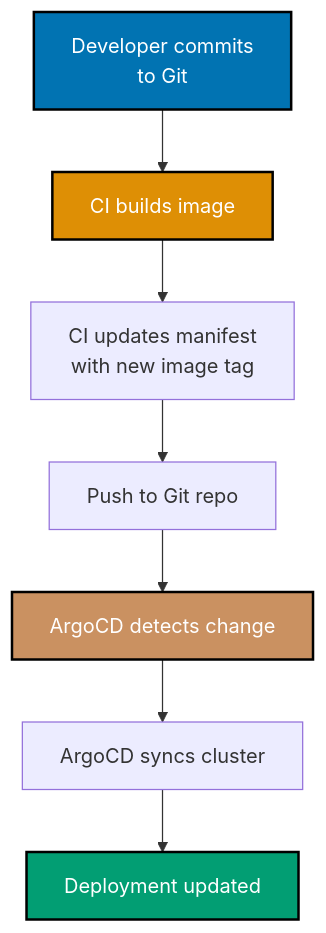
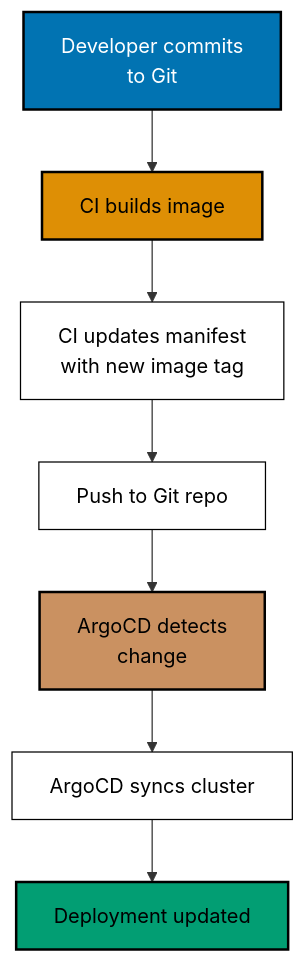
Before and after one commit to wahidyankf/ose-public: diagram 11 of 14 in apps/ayokoding-www/content/en/learn/legacy/software-engineering/infrastructure/tools/kubernetes/by-example/advanced.md, drawn with Mermaid. The commit also changed other lines of this file and 131 other files, not shown here.

First line of the commit message:
fix(mermaid): bring the legacy data, infrastructure, and testing diagrams onto the accessible palette

````diff
--- a/apps/ayokoding-www/content/en/learn/legacy/software-engineering/infrastructure/tools/kubernetes/by-example/advanced.md
+++ b/apps/ayokoding-www/content/en/learn/legacy/software-engineering/infrastructure/tools/kubernetes/by-example/advanced.md
@@ -2903,16 +2973,23 @@
 ```mermaid
 %% Color Palette: Blue #0173B2, Orange #DE8F05, Teal #029E73, Purple #CC78BC, Brown #CA9161
 %% GitOps workflow
 graph TD
+ accTitle: Example 79: GitOps Principles and Repository Structure
+ accDescr: Graph with 7 nodes and 6 connections. Nodes: Developer commits to Git, CI builds image, CI updates manifest with new image tag, Push to Git repo, ArgoCD detects change, ArgoCD syncs cluster, Deployment updated. Connections: Developer commits to Git to CI builds image, CI builds image to CI updates manifest with new image tag, CI updates manifest with new image tag to Push to Git repo, Push to Git repo to ArgoCD detects change, ArgoCD detects change to ArgoCD syncs cluster, ArgoCD syncs cluster to Deployment updated.
  A[Developer commits<br/>to Git] --> B[CI builds image]
  B --> C[CI updates manifest<br/>with new image tag]
  C --> D[Push to Git repo]
- D --> E[ArgoCD detects change]
+ D --> E[ArgoCD detects<br/>change]
  E --> F[ArgoCD syncs cluster]
  F --> G[Deployment updated]
 
- style A fill:#0173B2,stroke:#000000,stroke-width:2px,color:#fff
- style B fill:#DE8F05,stroke:#000000,stroke-width:2px,color:#fff
- style E fill:#CA9161,stroke:#000000,stroke-width:2px,color:#fff
- style G fill:#029E73,stroke:#000000,stroke-width:2px,color:#fff
+ classDef pal-0173B2 fill:#0173B2,stroke:#000000,color:#FFFFFF,stroke-width:2px
+ class A pal-0173B2
+ classDef pal-DE8F05 fill:#DE8F05,stroke:#000000,color:#000000,stroke-width:2px
+ class B pal-DE8F05
+ classDef pal-CA9161 fill:#CA9161,stroke:#000000,color:#000000,stroke-width:2px
+ class E pal-CA9161
+ classDef pal-029E73 fill:#029E73,stroke:#000000,color:#000000,stroke-width:2px
+ class G pal-029E73
+ classDef default fill:#FFFFFF,stroke:#000000,color:#000000
 ```
````
